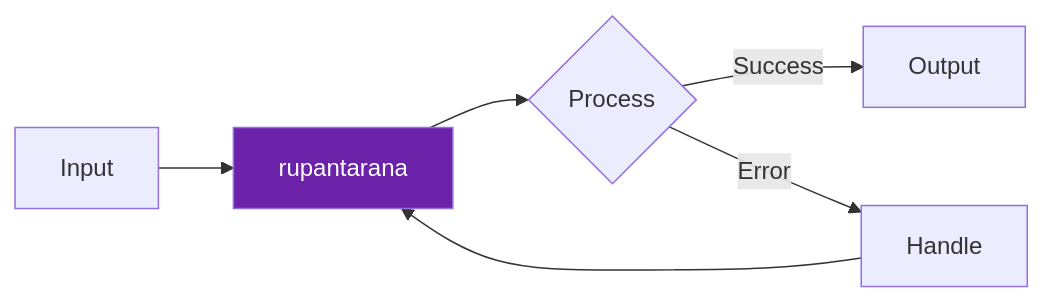
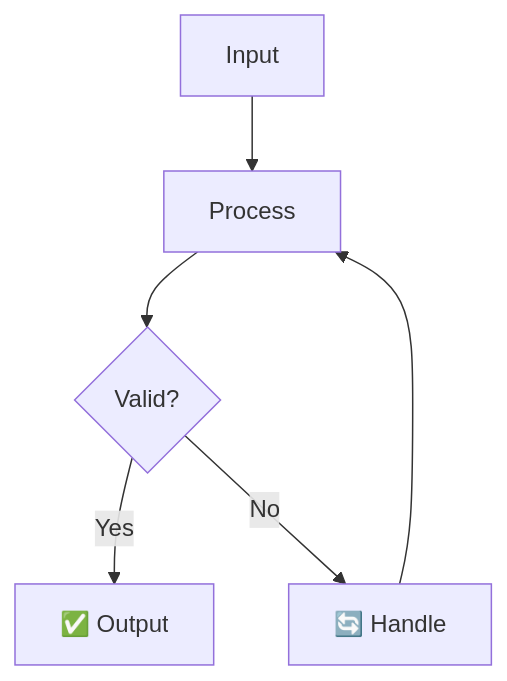
Before and after one commit to darshjme/rupantarana: the diagram in README.md, drawn with Mermaid. The commit also changed other lines of this file, not shown here.

````diff
--- a/README.md
+++ b/README.md
@@ -39,9 +35,8 @@
 ```mermaid
-flowchart LR
-    A[Input] --> B[rupantarana]
-    B --> C{Process}
-    C -- Success --> D[Output]
-    C -- Error --> E[Handle]
+flowchart TD
+    A[Input] --> B[Process]
+    B --> C{Valid?}
+    C -->|Yes| D[✅ Output]
+    C -->|No| E[🔄 Handle]
     E --> B
-    style B fill:#6b21a8,color:#fff
 ```
````
